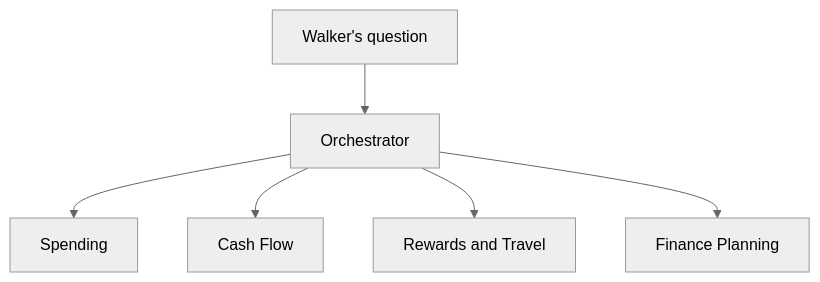
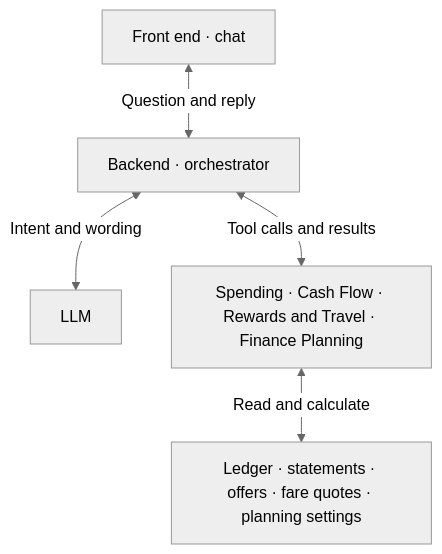
The diagram in README.md (zerowing113/walker-personal-agent), drawn with Mermaid (neutral theme) before and after one commit. The commit also changed other lines of this file and 1 other file, not shown here.

Commit message:
Explain the architecture with interactive request traces

```diff
--- a/README.md
+++ b/README.md
@@ -32,8 +13,7 @@
 ~~~mermaid
 flowchart TD
-    W["Walker's question"] --> O["Orchestrator"]
-    O --> S["Spending"]
-    O --> C["Cash Flow"]
-    O --> R["Rewards and Travel"]
-    O --> P["Finance Planning"]
+    F["Front end · chat"] <-->|Question and reply| O["Backend · orchestrator"]
+    O <-->|Intent and wording| L["LLM"]
+    O <-->|Tool calls and results| T["Spending · Cash Flow · Rewards and Travel · Finance Planning"]
+    T <-->|Read and calculate| D["Ledger · statements · offers · fare quotes · planning settings"]
 ~~~
```
